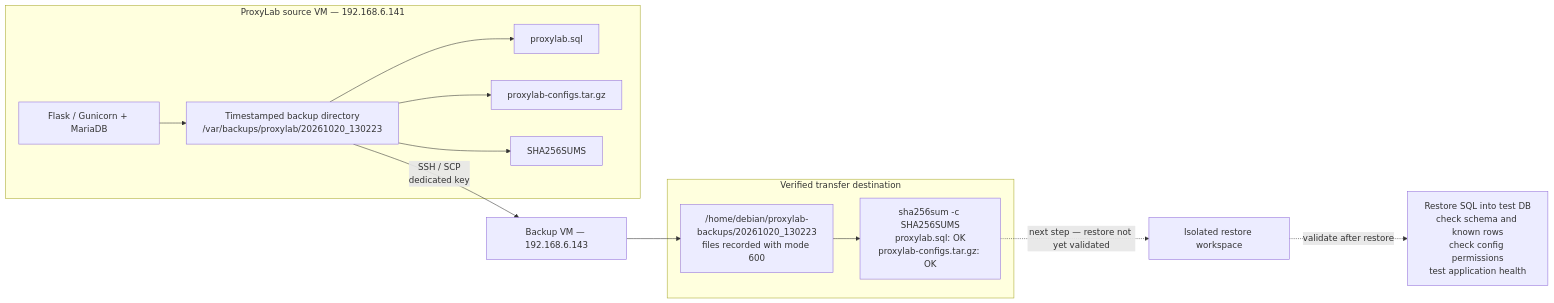
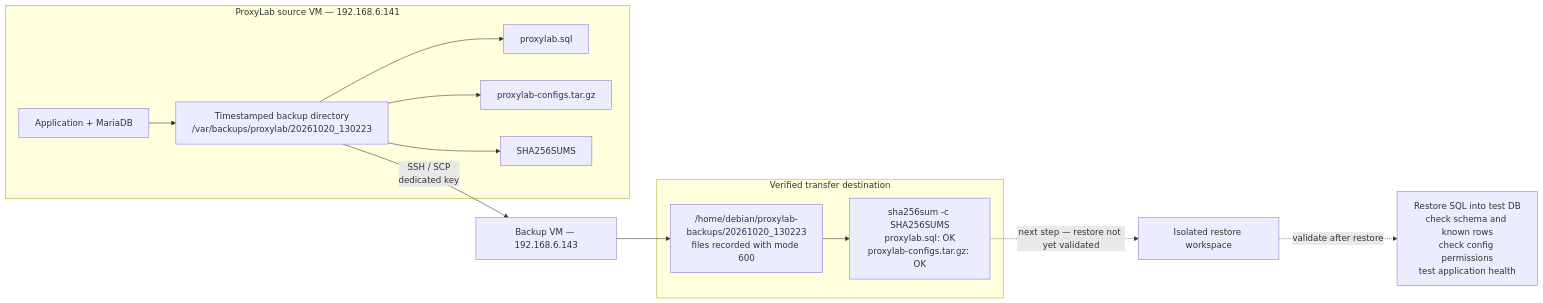
Before and after one commit to Rash499/ProxyLab: the fourth of 4 diagrams in docs/architecture/README.md, drawn with Mermaid. The commit also changed other lines of this file, not shown here.

Commit message:
docs: include backup recovery in main architecture diagram

````diff
--- a/docs/architecture/README.md
+++ b/docs/architecture/README.md
@@ -57,23 +68,23 @@
 ```mermaid
 flowchart LR
   subgraph Source["ProxyLab source VM — 192.168.6.141"]
-    APP["Flask / Gunicorn + MariaDB"]
+    APP["Application + MariaDB"]
     SNAP["Timestamped backup directory<br/>/var/backups/proxylab/20261020_130223"]
     SQL["proxylab.sql"]
     CFG["proxylab-configs.tar.gz"]
     MANIFEST["SHA256SUMS"]
     APP --> SNAP
     SNAP --> SQL
     SNAP --> CFG
     SNAP --> MANIFEST
   end
   SNAP -->|"SSH / SCP<br/>dedicated key"| DEST["Backup VM — 192.168.6.143"]
   subgraph Destination["Verified transfer destination"]
     FILES["/home/debian/proxylab-backups/20261020_130223<br/>files recorded with mode 600"]
     CHECK["sha256sum -c SHA256SUMS<br/>proxylab.sql: OK<br/>proxylab-configs.tar.gz: OK"]
     FILES --> CHECK
   end
   DEST --> FILES
   CHECK -. "next step — restore not yet validated" .-> RESTORE["Isolated restore workspace"]
   RESTORE -. "validate after restore" .-> VALIDATE["Restore SQL into test DB<br/>check schema and known rows<br/>check config permissions<br/>test application health"]
 ```
````
